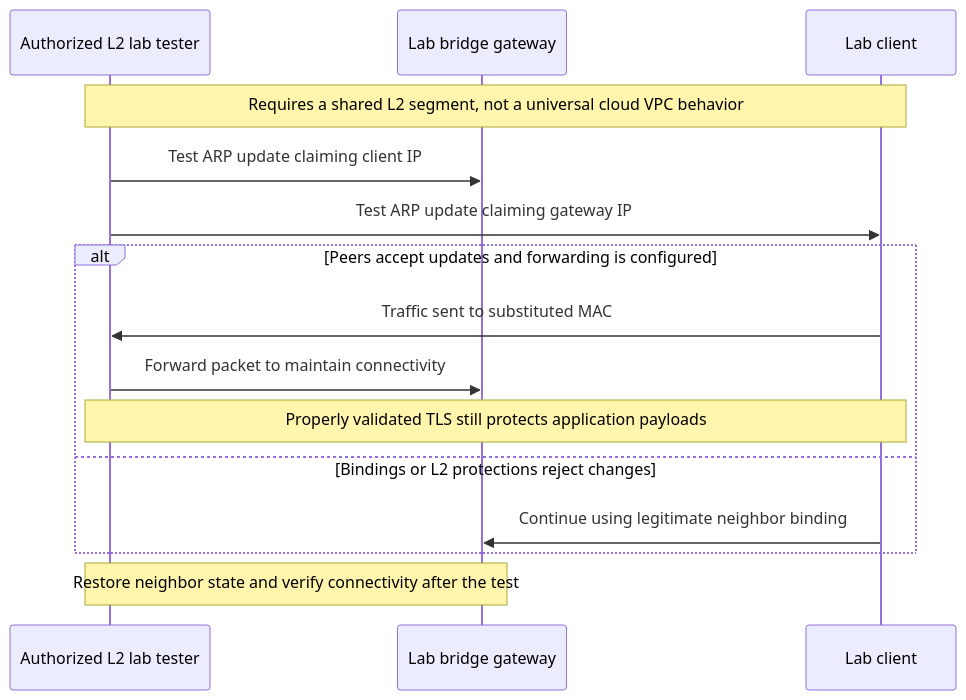
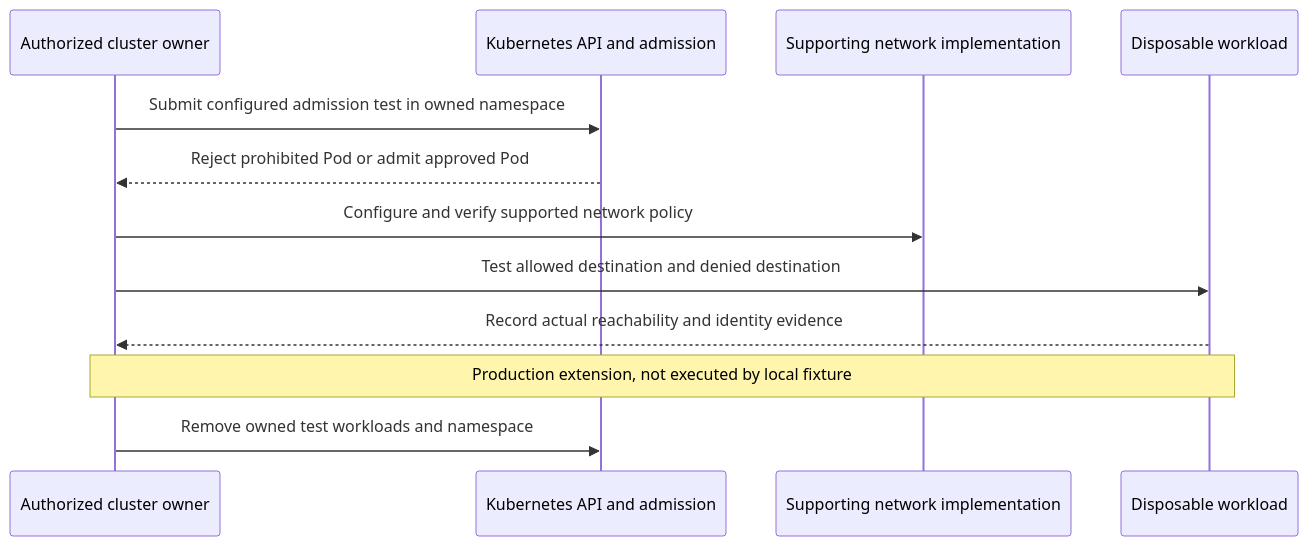
One commit to CloudSecCorner/cloudseccorner.github.io changed the fourth of 4 diagrams in priv/static/labs/ethical-hacker-easy-way.md. Above: the diagram before and after it, drawn with Mermaid. The commit also changed other lines of this file and 63 other files, not shown here.

````diff
--- a/priv/static/labs/ethical-hacker-easy-way.md
+++ b/priv/static/labs/ethical-hacker-easy-way.md
@@ -253,17 +81,14 @@
 ```mermaid
 sequenceDiagram
-      participant Tester as Authorized L2 lab tester
-      participant Gateway as Lab bridge gateway
-      participant Client as Lab client
-      Note over Tester,Client: Requires a shared L2 segment, not a universal cloud VPC behavior
-      Tester->>Gateway: Test ARP update claiming client IP
-      Tester->>Client: Test ARP update claiming gateway IP
-      alt Peers accept updates and forwarding is configured
-        Client->>Tester: Traffic sent to substituted MAC
-        Tester->>Gateway: Forward packet to maintain connectivity
-        Note over Tester,Client: Properly validated TLS still protects application payloads
-      else Bindings or L2 protections reject changes
-        Client->>Gateway: Continue using legitimate neighbor binding
-      end
-      Note over Tester,Gateway: Restore neighbor state and verify connectivity after the test
+      participant Tester as Authorized cluster owner
+      participant API as Kubernetes API and admission
+      participant CNI as Supporting network implementation
+      participant Pod as Disposable workload
+      Tester->>API: Submit configured admission test in owned namespace
+      API-->>Tester: Reject prohibited Pod or admit approved Pod
+      Tester->>CNI: Configure and verify supported network policy
+      Tester->>Pod: Test allowed destination and denied destination
+      Pod-->>Tester: Record actual reachability and identity evidence
+      Note over Tester,Pod: Production extension, not executed by local fixture
+      Tester->>API: Remove owned test workloads and namespace
 ```
````
